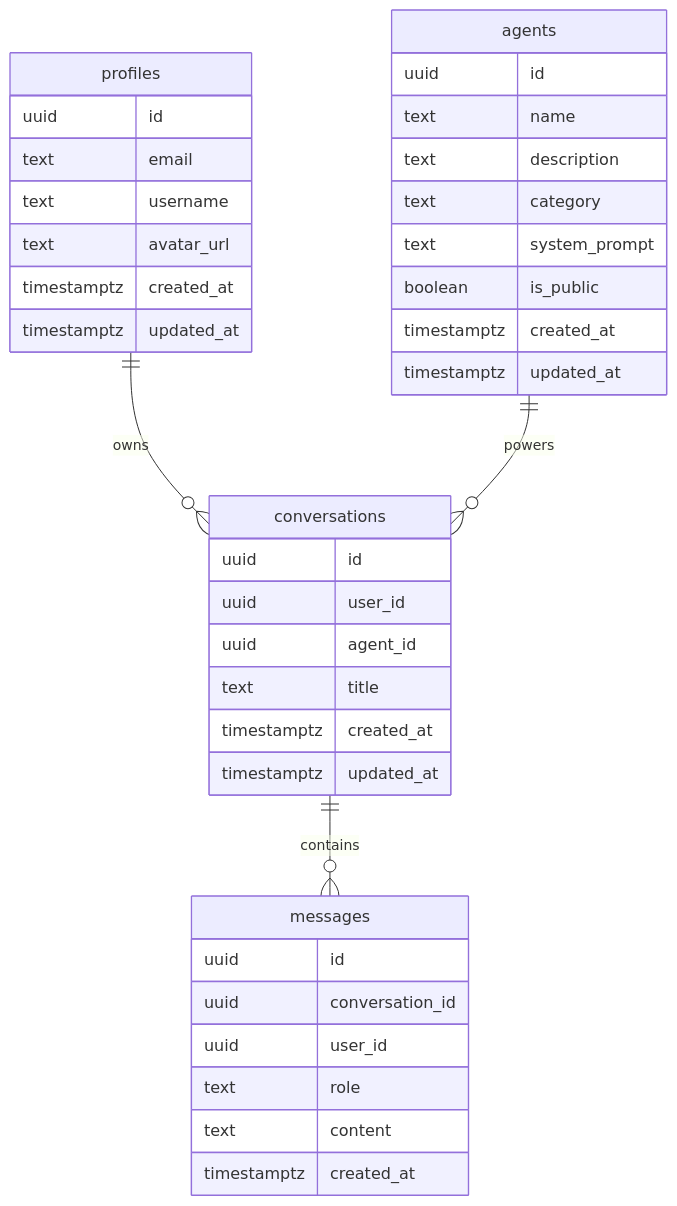
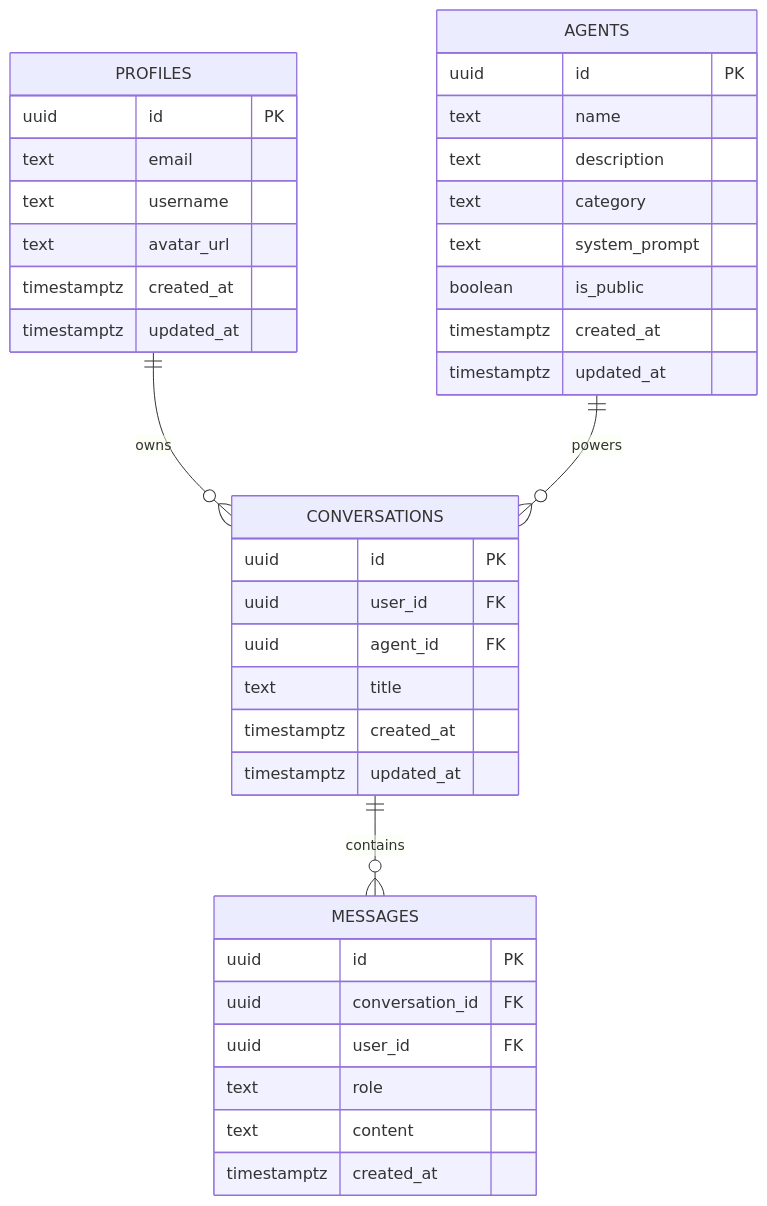
Before and after one commit to telitor/SciCopilot: the fourth of 6 diagrams in README.md, drawn with Mermaid. The commit also changed other lines of this file, not shown here.

````diff
--- a/README.md
+++ b/README.md
@@ -221,44 +358,44 @@
 ```mermaid
 erDiagram
-    profiles {
-        uuid id
+    PROFILES {
+        uuid id PK
         text email
         text username
         text avatar_url
         timestamptz created_at
         timestamptz updated_at
     }
 
-    agents {
-        uuid id
+    AGENTS {
+        uuid id PK
         text name
         text description
         text category
         text system_prompt
         boolean is_public
         timestamptz created_at
         timestamptz updated_at
     }
 
-    conversations {
-        uuid id
-        uuid user_id
-        uuid agent_id
+    CONVERSATIONS {
+        uuid id PK
+        uuid user_id FK
+        uuid agent_id FK
         text title
         timestamptz created_at
         timestamptz updated_at
     }
 
-    messages {
-        uuid id
-        uuid conversation_id
-        uuid user_id
+    MESSAGES {
+        uuid id PK
+        uuid conversation_id FK
+        uuid user_id FK
         text role
         text content
         timestamptz created_at
     }
 
-    profiles ||--o{ conversations : owns
-    agents ||--o{ conversations : powers
-    conversations ||--o{ messages : contains
+    PROFILES ||--o{ CONVERSATIONS : owns
+    AGENTS ||--o{ CONVERSATIONS : powers
+    CONVERSATIONS ||--o{ MESSAGES : contains
 ```
````
